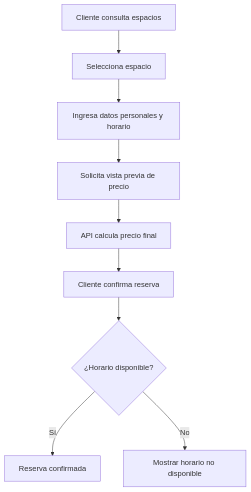
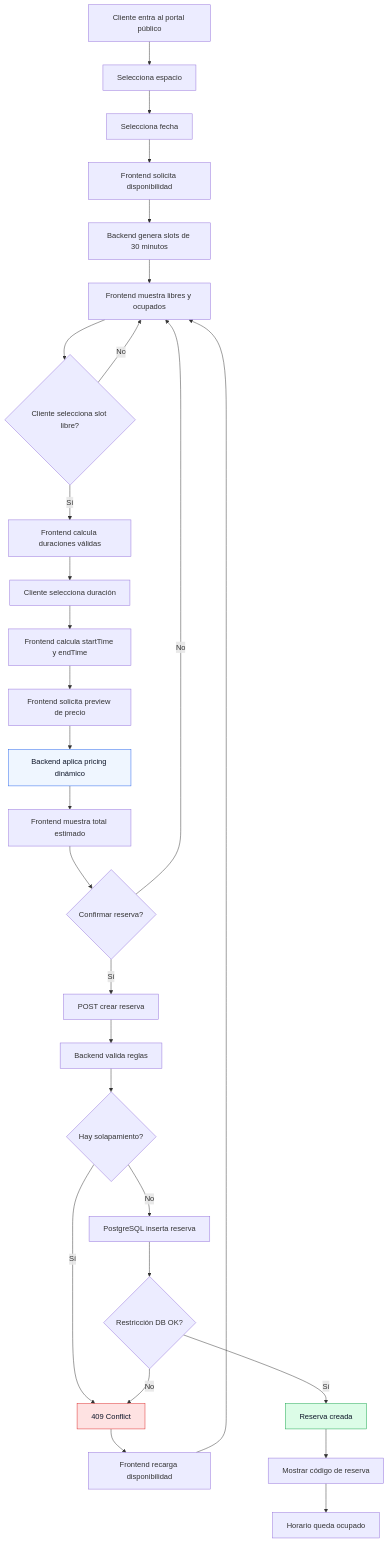
One commit to fmamanifdeveloper/cowork-reservation-system changed the diagram in docs/diagrams/mermaid/reservation-flow.mmd. Above: the diagram before and after it, drawn with Mermaid. The commit also changed 5 other files, not shown here.

Commit message:
docs(diagrams): add mermaid project diagrams

```diff
--- a/docs/diagrams/mermaid/reservation-flow.mmd
+++ b/docs/diagrams/mermaid/reservation-flow.mmd
@@ -1,9 +1,32 @@
 flowchart TD
-    A[Cliente consulta espacios] --> B[Selecciona espacio]
-    B --> C[Ingresa datos personales y horario]
-    C --> D[Solicita vista previa de precio]
-    D --> E[API calcula precio final]
-    E --> F[Cliente confirma reserva]
-    F --> G{¿Horario disponible?}
-    G -->|Sí| H[Reserva confirmada]
-    G -->|No| I[Mostrar horario no disponible]
+    A[Cliente entra al portal público] --> B[Selecciona espacio]
+    B --> C[Selecciona fecha]
+    C --> D[Frontend solicita disponibilidad]
+    D --> E[Backend genera slots de 30 minutos]
+    E --> F[Frontend muestra libres y ocupados]
+    F --> G{Cliente selecciona slot libre?}
+    G -- No --> F
+    G -- Sí --> H[Frontend calcula duraciones válidas]
+    H --> I[Cliente selecciona duración]
+    I --> J[Frontend calcula startTime y endTime]
+    J --> K[Frontend solicita preview de precio]
+    K --> L[Backend aplica pricing dinámico]
+    L --> M[Frontend muestra total estimado]
+    M --> N{Confirmar reserva?}
+    N -- No --> F
+    N -- Sí --> O[POST crear reserva]
+    O --> P[Backend valida reglas]
+    P --> Q{Hay solapamiento?}
+    Q -- Sí --> R[409 Conflict]
+    R --> S[Frontend recarga disponibilidad]
+    S --> F
+    Q -- No --> T[PostgreSQL inserta reserva]
+    T --> U{Restricción DB OK?}
+    U -- No --> R
+    U -- Sí --> V[Reserva creada]
+    V --> W[Mostrar código de reserva]
+    W --> X[Horario queda ocupado]
+
+    style V fill:#dcfce7,stroke:#16a34a,color:#0f172a
+    style R fill:#fee2e2,stroke:#dc2626,color:#0f172a
+    style L fill:#eff6ff,stroke:#2563eb,color:#0f172a
```
